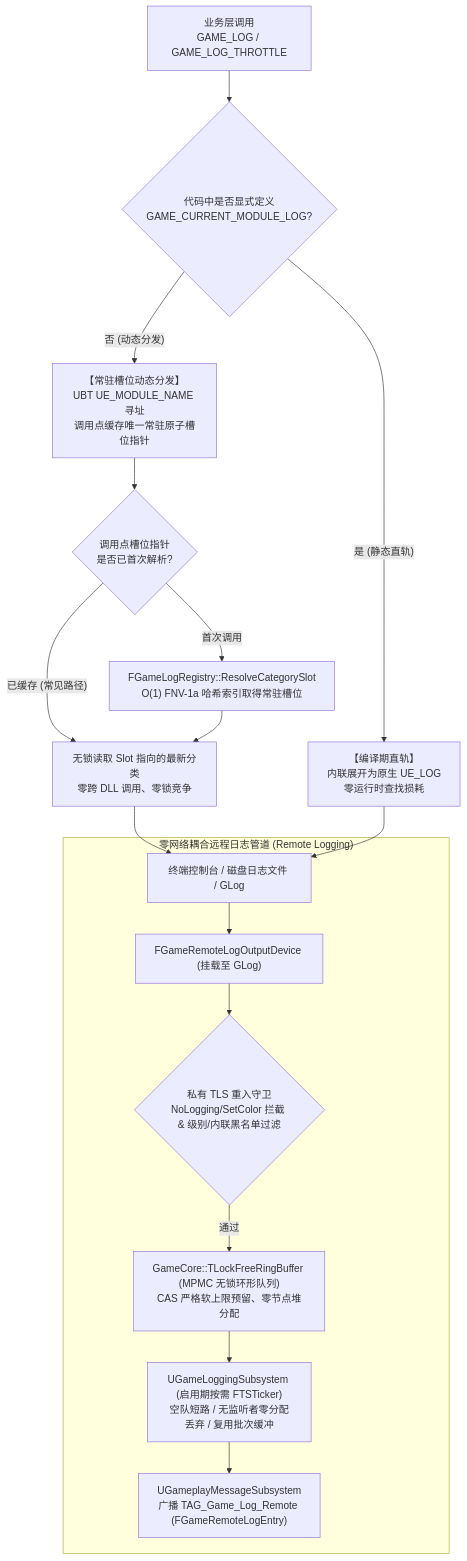
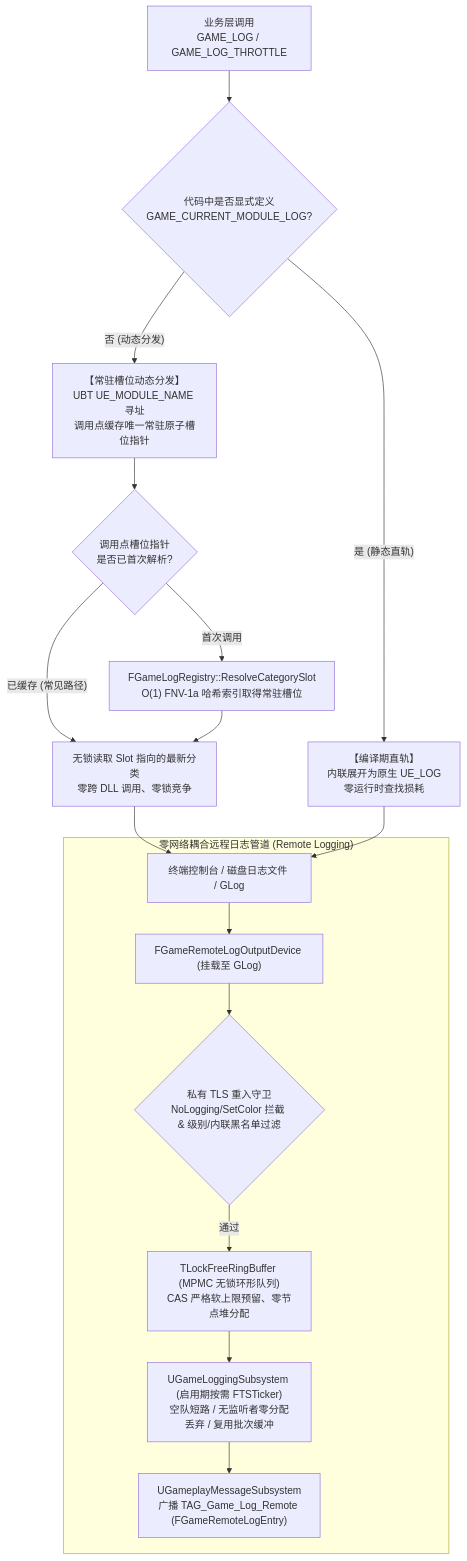
Before and after one commit to YIice-cwj/ue5-toolkit: the diagram in Plugins/GameLogging/README.md, drawn with Mermaid. The commit also changed other lines of this file and 87 other files, not shown here.

````diff
--- a/Plugins/GameLogging/README.md
+++ b/Plugins/GameLogging/README.md
@@ -9,23 +93,23 @@
 ```mermaid
 flowchart TD
     Call["业务层调用<br>GAME_LOG / GAME_LOG_THROTTLE"] --> Check{"代码中是否显式定义<br>GAME_CURRENT_MODULE_LOG?"}
 
     Check -- "是 (静态直轨)" --> CompileTrack["【编译期直轨】<br>内联展开为原生 UE_LOG<br>零运行时查找损耗"]
     Check -- "否 (动态分发)" --> DynamicTrack["【常驻槽位动态分发】<br>UBT UE_MODULE_NAME 寻址<br>调用点缓存唯一常驻原子槽位指针"]
 
     DynamicTrack --> SlotCached{"调用点槽位指针<br>是否已首次解析?"}
     SlotCached -- "已缓存 (常见路径)" --> FastPath["无锁读取 Slot 指向的最新分类<br>零跨 DLL 调用、零锁竞争"]
     SlotCached -- "首次调用" --> SlowPath["FGameLogRegistry::ResolveCategorySlot<br>O(1) FNV-1a 哈希索引取得常驻槽位"]
     SlowPath --> FastPath
 
     FastPath --> Output["终端控制台 / 磁盘日志文件 / GLog"]
     CompileTrack --> Output
 
     subgraph RemotePipeline["零网络耦合远程日志管道 (Remote Logging)"]
         Output --> Hook["FGameRemoteLogOutputDevice (挂载至 GLog)"]
         Hook --> Guard{"私有 TLS 重入守卫<br>NoLogging/SetColor 拦截 & 级别/内联黑名单过滤"}
-        Guard -- 通过 --> Queue["GameCore::TLockFreeRingBuffer (MPMC 无锁环形队列)<br>CAS 严格软上限预留、零节点堆分配"]
+        Guard -- 通过 --> Queue["TLockFreeRingBuffer (MPMC 无锁环形队列)<br>CAS 严格软上限预留、零节点堆分配"]
         Queue --> Ticker["UGameLoggingSubsystem (启用期按需 FTSTicker)<br>空队短路 / 无监听者零分配丢弃 / 复用批次缓冲"]
         Ticker --> Bus["UGameplayMessageSubsystem<br>广播 TAG_Game_Log_Remote (FGameRemoteLogEntry)"]
     end
 ```
````
